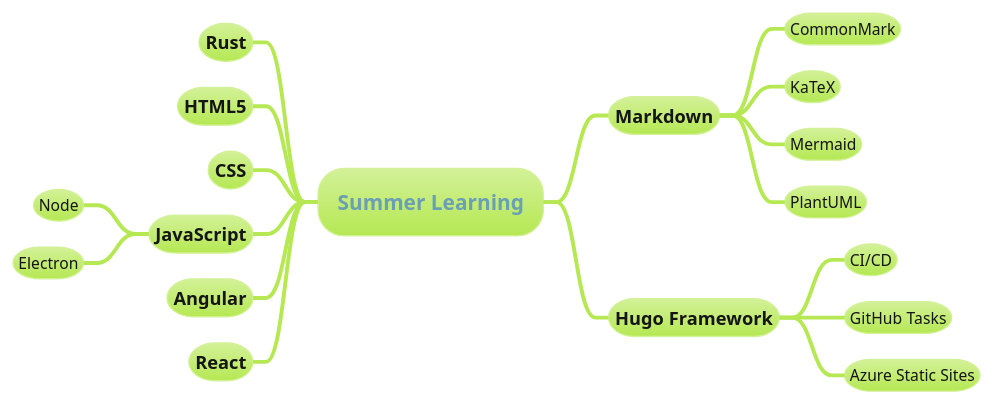
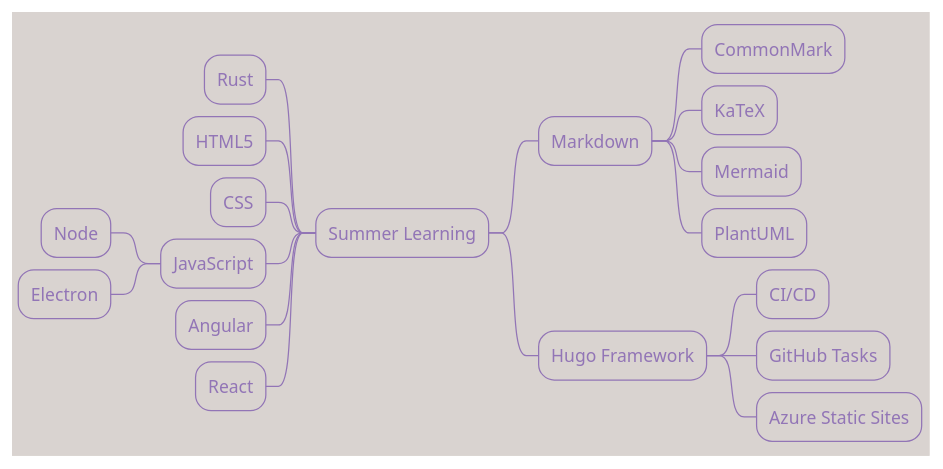
Before and after one commit to upyesp/upyesp.org: the diagram in content/posts/plantuml_mindmap.puml, drawn with PlantUML. The commit also changed 9 other files, not shown here.

Commit message:
added gantt chart to plantuml post

```diff
--- a/content/posts/plantuml_mindmap.puml
+++ b/content/posts/plantuml_mindmap.puml
@@ -1,27 +1,27 @@
 @startmindmap example_mindmap
 ' set the theme
-!theme hacker
+!theme mimeograph
 
 * Summer Learning
   ** Markdown
     *** CommonMark
     *** KaTeX
     *** Mermaid
     *** PlantUML
   ** Hugo Framework
     *** CI/CD
     *** GitHub Tasks
     *** Azure Static Sites
 
 left side
 
 ** Rust
 ** HTML5
 ** CSS
 ** JavaScript
   *** Node
   *** Electron
 ** Angular
 ** React
 
 @endmindmap
```
